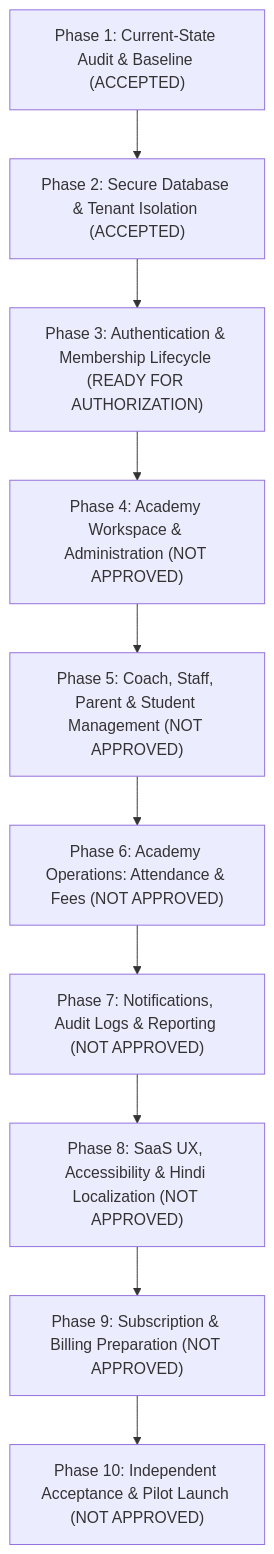
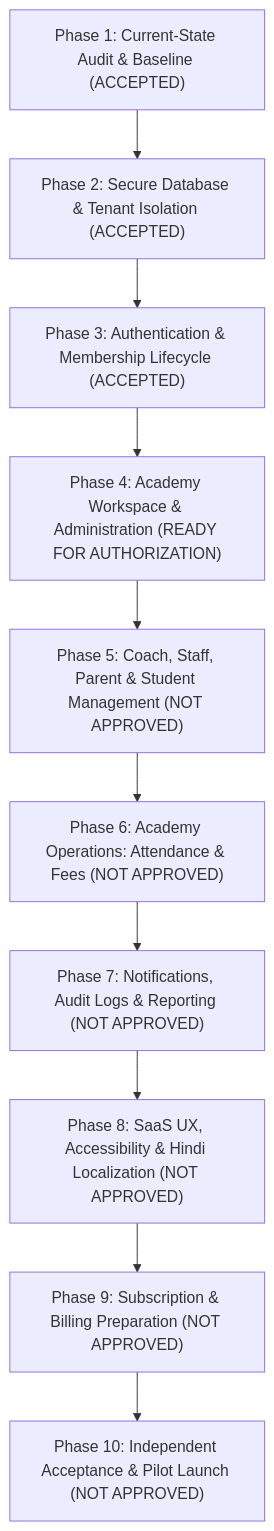
The diagram in docs/saas/SAAS_PHASED_IMPLEMENTATION_ROADMAP.md (khanshahrukhonline01/new_online), drawn with Mermaid before and after one commit. The commit also changed other lines of this file and 7 other files, not shown here.

Commit message:
feat(saas): complete Phase 3 authentication lifecycle, route guards, and role privilege hardening

````diff
--- a/docs/saas/SAAS_PHASED_IMPLEMENTATION_ROADMAP.md
+++ b/docs/saas/SAAS_PHASED_IMPLEMENTATION_ROADMAP.md
@@ -31,12 +31,12 @@
 ```mermaid
 flowchart TD
   P1["Phase 1: Current-State Audit & Baseline (ACCEPTED)"] --> P2["Phase 2: Secure Database & Tenant Isolation (ACCEPTED)"]
-  P2 --> P3["Phase 3: Authentication & Membership Lifecycle (READY FOR AUTHORIZATION)"]
-  P3 --> P4["Phase 4: Academy Workspace & Administration (NOT APPROVED)"]
+  P2 --> P3["Phase 3: Authentication & Membership Lifecycle (ACCEPTED)"]
+  P3 --> P4["Phase 4: Academy Workspace & Administration (READY FOR AUTHORIZATION)"]
   P4 --> P5["Phase 5: Coach, Staff, Parent & Student Management (NOT APPROVED)"]
   P5 --> P6["Phase 6: Academy Operations: Attendance & Fees (NOT APPROVED)"]
   P6 --> P7["Phase 7: Notifications, Audit Logs & Reporting (NOT APPROVED)"]
   P7 --> P8["Phase 8: SaaS UX, Accessibility & Hindi Localization (NOT APPROVED)"]
   P8 --> P9["Phase 9: Subscription & Billing Preparation (NOT APPROVED)"]
   P9 --> P10["Phase 10: Independent Acceptance & Pilot Launch (NOT APPROVED)"]
 ```
````
